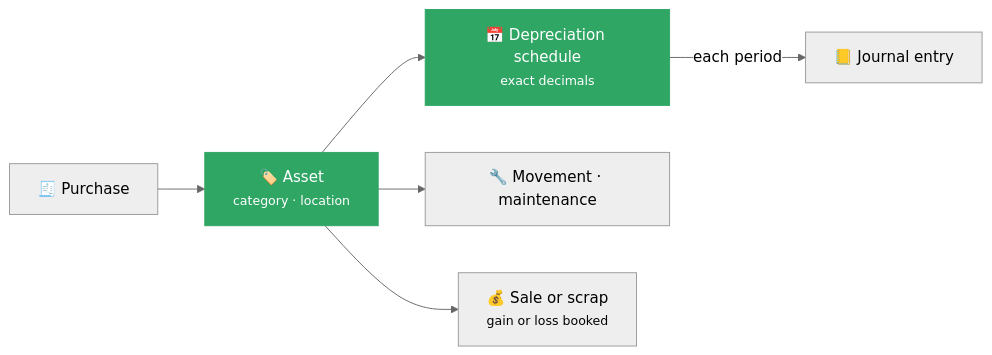
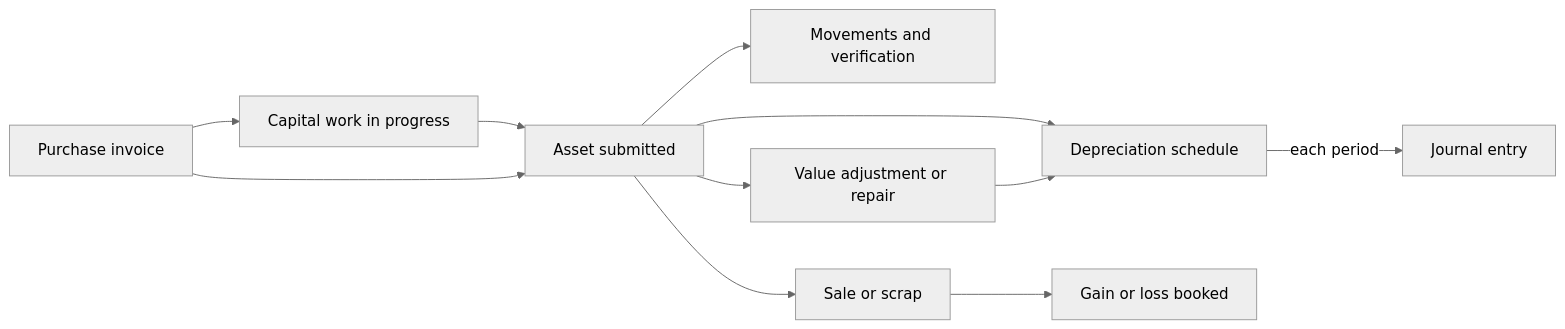
One commit to CBFerrum/ferrum-app-assets changed the first of 2 diagrams in README.md. Above: the diagram before and after it, drawn with Mermaid (neutral theme). The commit also changed other lines of this file and 26 other files, not shown here.

First line of the commit message:
docs: end-to-end README with screenshots, features, comparison and roadmap

````diff
--- a/README.md
+++ b/README.md
@@ -117,10 +270,13 @@
 ```mermaid
 flowchart LR
-    PI["🧾 Purchase"] --> A["🏷️ Asset<br/><small>category · location</small>"]
-    A --> S["📅 Depreciation schedule<br/><small>exact decimals</small>"]
-    S -->|each period| JE["📒 Journal entry"]
-    A --> M["🔧 Movement · maintenance"]
-    A --> D["💰 Sale or scrap<br/><small>gain or loss booked</small>"]
-    classDef app fill:#30a665,color:#fff,stroke:#30a665
-    class A,S app
+    PI["Purchase invoice"] --> CW["Capital work in progress"]
+    CW --> A["Asset submitted"]
+    PI --> A
+    A --> S["Depreciation schedule"]
+    S -->|each period| JE["Journal entry"]
+    A --> MV["Movements and verification"]
+    A --> VA["Value adjustment or repair"]
+    VA --> S
+    A --> D["Sale or scrap"]
+    D --> GL["Gain or loss booked"]
 ```
````
